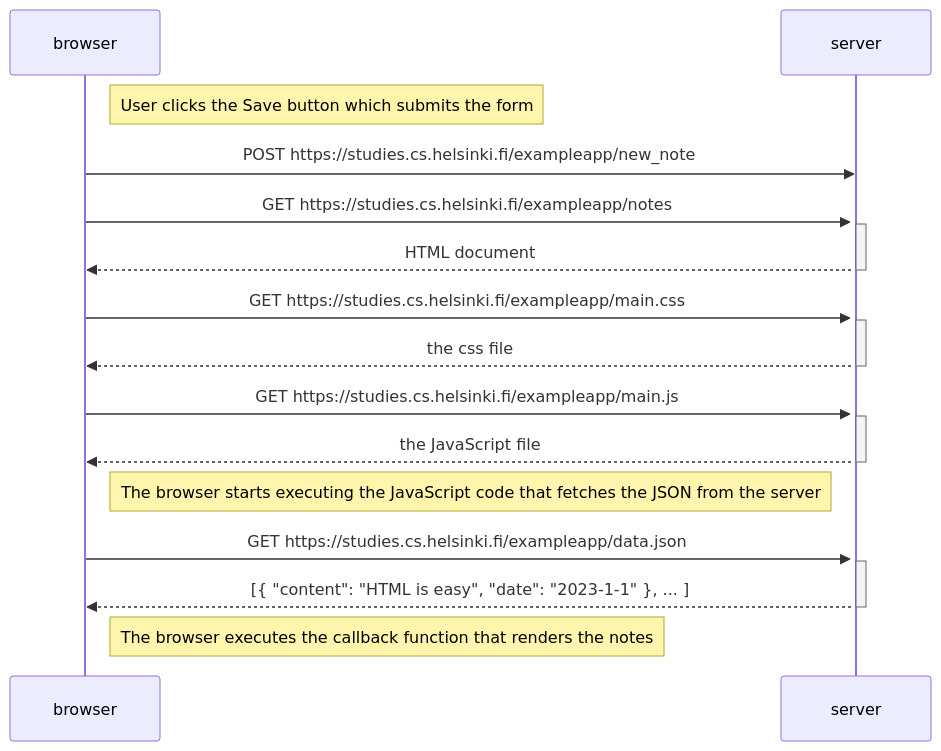
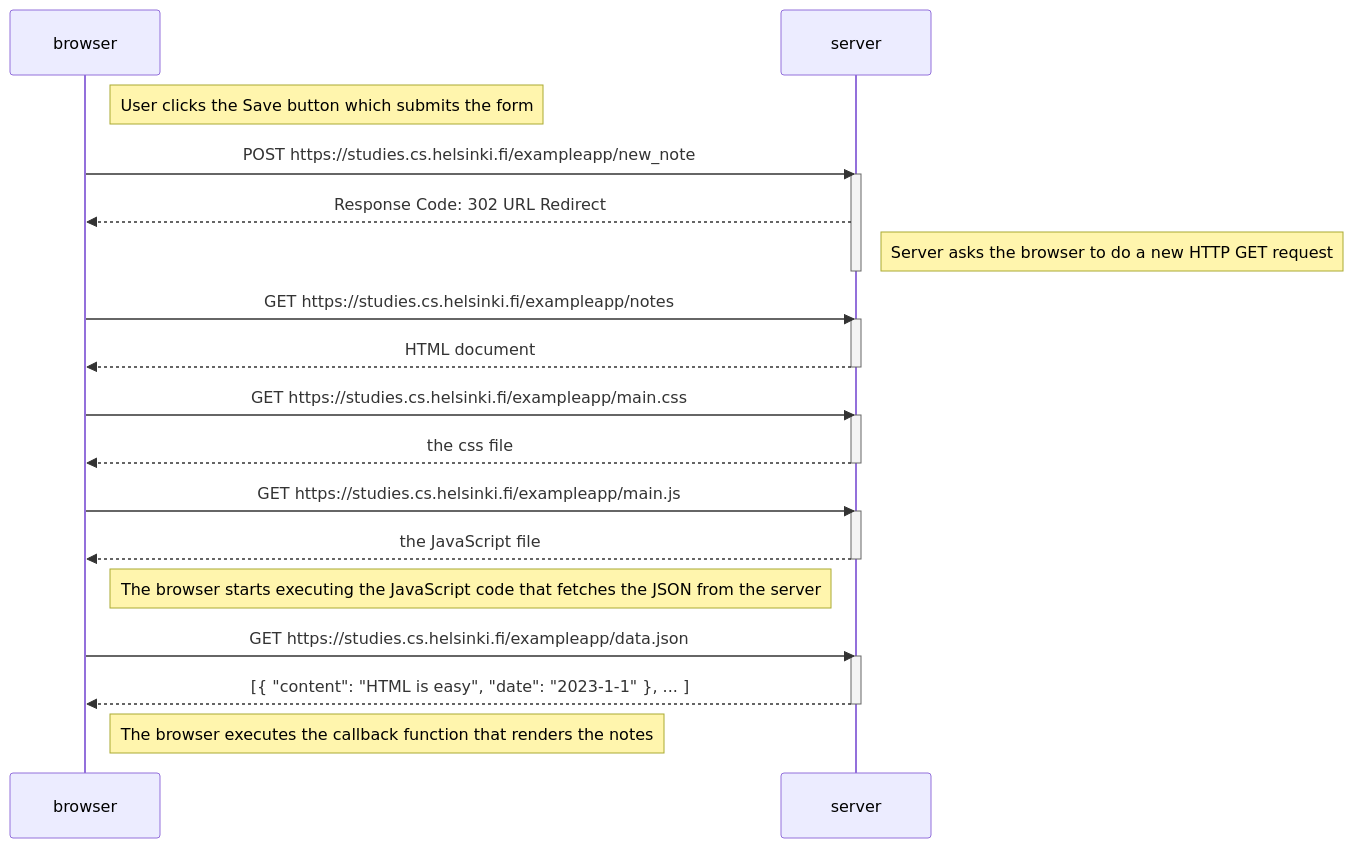
One commit to Tylereck81/fullstack changed the diagram in part0/0.4_new_note_diagram.md. Above: the diagram before and after it, drawn with Mermaid.

Commit message:
Second draft 0.4

````diff
--- a/part0/0.4_new_note_diagram.md
+++ b/part0/0.4_new_note_diagram.md
@@ -1,34 +1,37 @@
 ```mermaid
 sequenceDiagram
     participant browser
     participant server
 
     Note right of browser: User clicks the Save button which submits the form 
 
     browser->>server: POST https://studies.cs.helsinki.fi/exampleapp/new_note
     activate server
+    server-->>browser: Response Code: 302 URL Redirect
+    Note right of server: Server asks the browser to do a new HTTP GET request
+    deactivate server
 
     browser->>server: GET https://studies.cs.helsinki.fi/exampleapp/notes
     activate server
     server-->>browser: HTML document
     deactivate server
 
     browser->>server: GET https://studies.cs.helsinki.fi/exampleapp/main.css
     activate server
     server-->>browser: the css file
     deactivate server
 
     browser->>server: GET https://studies.cs.helsinki.fi/exampleapp/main.js
     activate server
     server-->>browser: the JavaScript file
     deactivate server
 
     Note right of browser: The browser starts executing the JavaScript code that fetches the JSON from the server
 
     browser->>server: GET https://studies.cs.helsinki.fi/exampleapp/data.json
     activate server
     server-->>browser: [{ "content": "HTML is easy", "date": "2023-1-1" }, ... ]
     deactivate server
 
     Note right of browser: The browser executes the callback function that renders the notes
 ```
````
